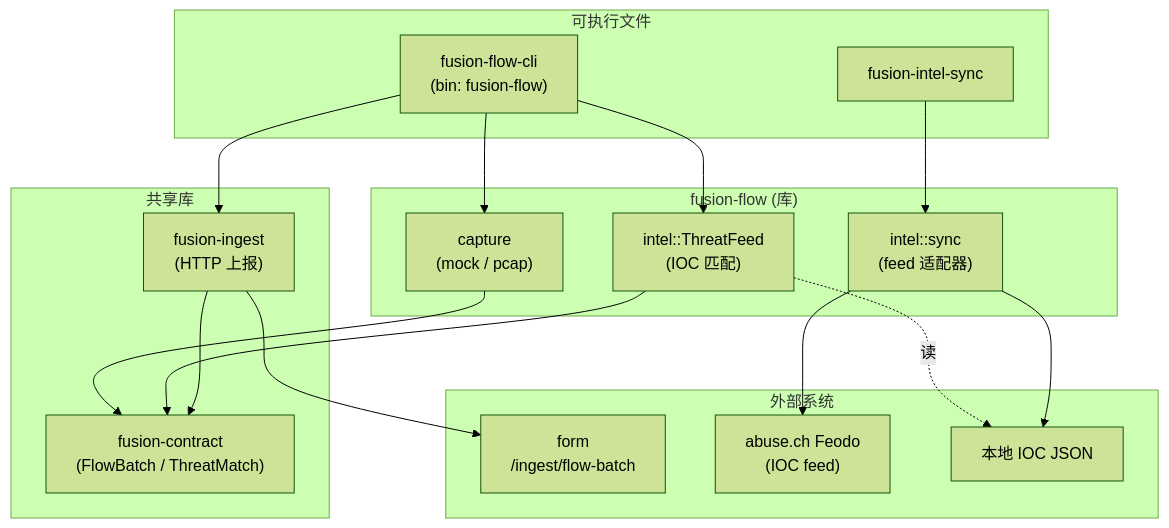
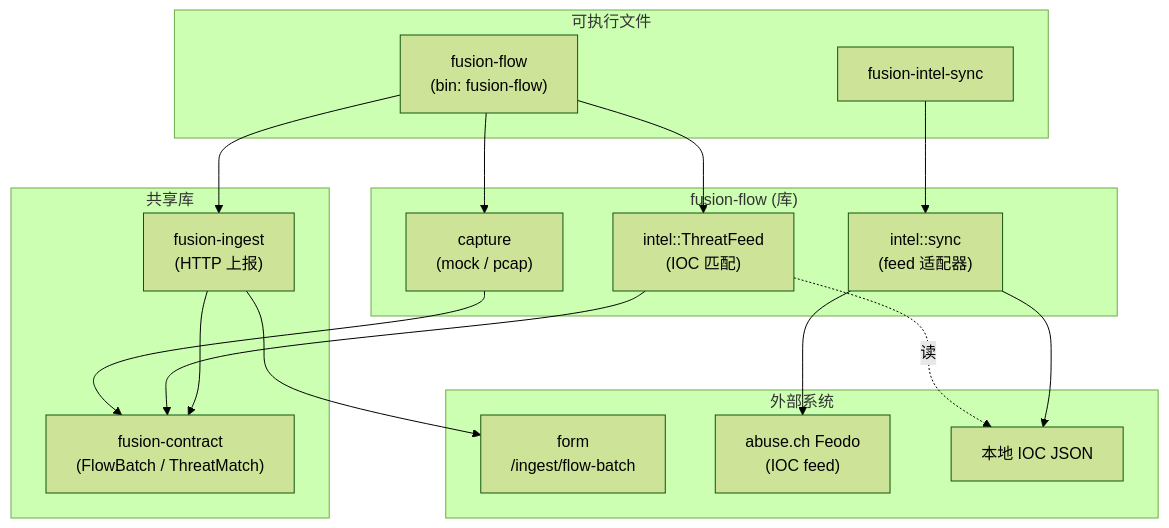
The second of 2 diagrams in fusion/docs/ARCHITECTURE.md (jinziyou/kcatta), drawn with Mermaid (forest theme) before and after one commit. The commit also changed other lines of this file and 121 other files, not shown here.

First line of the commit message:
refactor(fusion): 重构为 4+1 分层 —— host/flow/malware/runtime 域 + contract 底座

````diff
--- a/fusion/docs/ARCHITECTURE.md
+++ b/fusion/docs/ARCHITECTURE.md
@@ -198,36 +198,36 @@
 ```mermaid
 flowchart TB
     subgraph binaries["可执行文件"]
-        FCLI["fusion-flow-cli<br/>(bin: fusion-flow)"]
+        FCLI["fusion-flow<br/>(bin: fusion-flow)"]
         SYNC["fusion-intel-sync"]
     end
 
     subgraph lib["fusion-flow (库)"]
         CAP["capture<br/>(mock / pcap)"]
         INTEL["intel::ThreatFeed<br/>(IOC 匹配)"]
         ISYNC["intel::sync<br/>(feed 适配器)"]
     end
 
     subgraph shared["共享库"]
         CONTRACT["fusion-contract<br/>(FlowBatch / ThreatMatch)"]
         INGEST["fusion-ingest<br/>(HTTP 上报)"]
     end
 
     subgraph external["外部系统"]
         FORM["form<br/>/ingest/flow-batch"]
         FEED["abuse.ch Feodo<br/>(IOC feed)"]
         FEEDJSON["本地 IOC JSON"]
     end
 
     FCLI --> CAP
     FCLI --> INTEL
     FCLI --> INGEST
     CAP --> CONTRACT
     INTEL --> CONTRACT
     INGEST --> CONTRACT
     INTEL -. 读 .-> FEEDJSON
     SYNC --> ISYNC
     ISYNC --> FEED
     ISYNC --> FEEDJSON
     INGEST --> FORM
 ```
````
